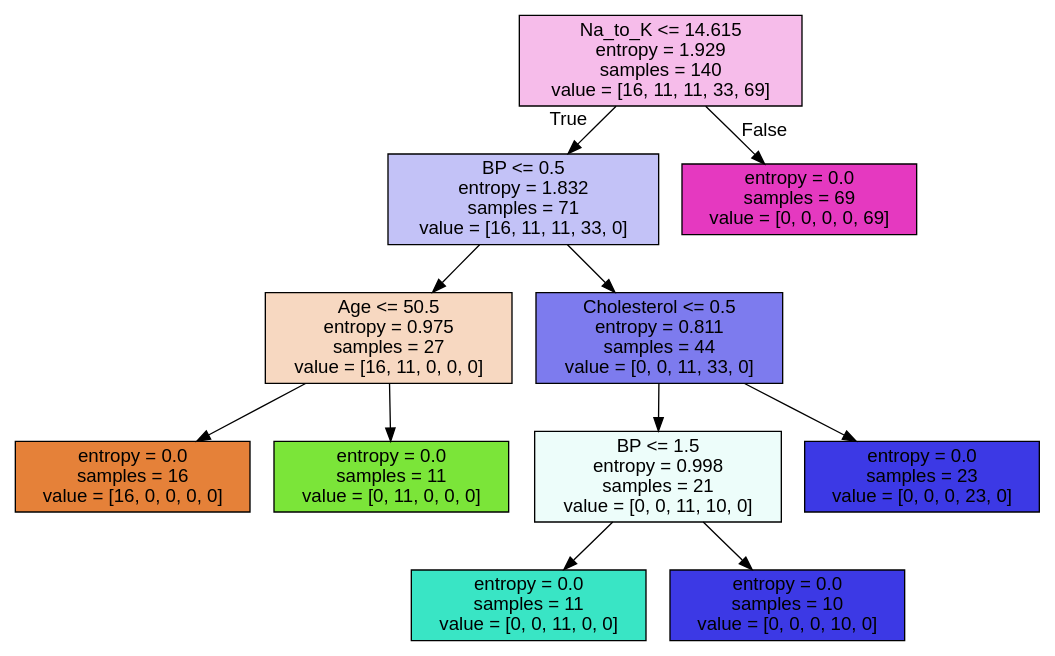
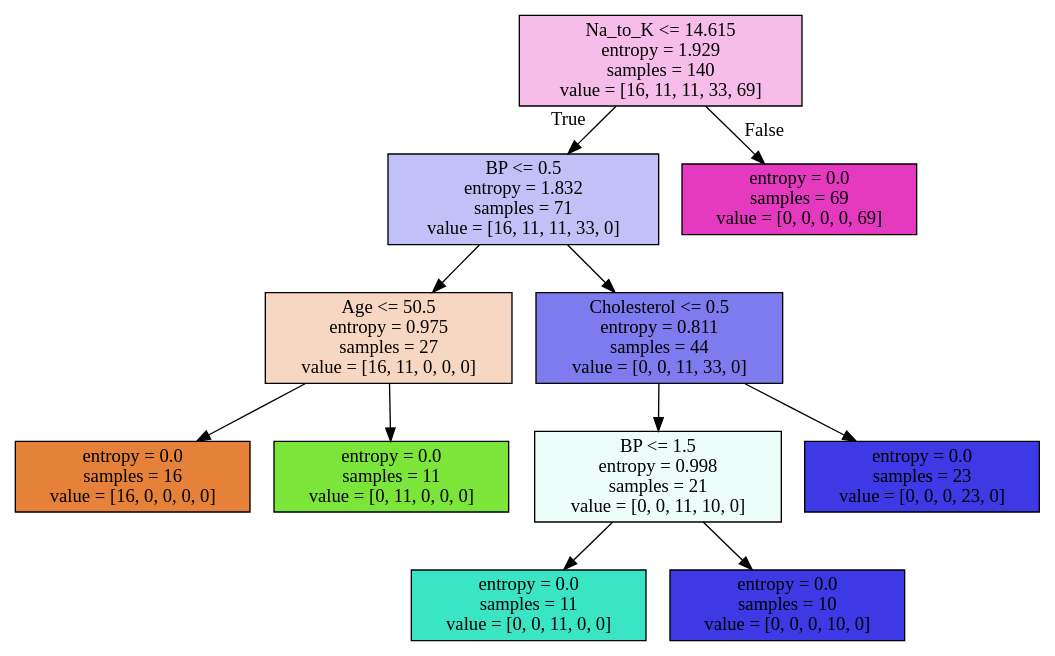
Before and after one commit to KevinNgNewschool/Machine-Learning-For-Python: the diagram in Python for Data Science, AI & Development/MachineLearning/Week 3/tree.dot, drawn with Graphviz. The commit also changed 3 other files, not shown here.

```diff
--- a/Python for Data Science, AI & Development/MachineLearning/Week 3/tree.dot
+++ b/Python for Data Science, AI & Development/MachineLearning/Week 3/tree.dot
@@ -1,25 +1,24 @@
 digraph Tree {
-node [shape=box, style="filled", color="black", fontname="helvetica"] ;
-edge [fontname="helvetica"] ;
-0 [label="Na_to_K <= 14.615\nentropy = 1.929\nsamples = 140\nvalue = [16, 11, 11, 33, 69]", fillcolor="#f6bcea"] ;
-1 [label="BP <= 0.5\nentropy = 1.832\nsamples = 71\nvalue = [16, 11, 11, 33, 0]", fillcolor="#c3c2f7"] ;
+node [shape=box, style="filled", color="black"] ;
+0 [label="Na_to_K <= 14.615\nentropy = 1.929\nsamples = 140\nvalue = [16, 11, 11, 33, 69]", fillcolor="#e539c056"] ;
+1 [label="BP <= 0.5\nentropy = 1.832\nsamples = 71\nvalue = [16, 11, 11, 33, 0]", fillcolor="#3c39e54f"] ;
 0 -> 1 [labeldistance=2.5, labelangle=45, headlabel="True"] ;
-2 [label="Age <= 50.5\nentropy = 0.975\nsamples = 27\nvalue = [16, 11, 0, 0, 0]", fillcolor="#f7d8c1"] ;
+2 [label="Age <= 50.5\nentropy = 0.975\nsamples = 27\nvalue = [16, 11, 0, 0, 0]", fillcolor="#e5813950"] ;
 1 -> 2 ;
-3 [label="entropy = 0.0\nsamples = 16\nvalue = [16, 0, 0, 0, 0]", fillcolor="#e58139"] ;
+3 [label="entropy = 0.0\nsamples = 16\nvalue = [16, 0, 0, 0, 0]", fillcolor="#e58139ff"] ;
 2 -> 3 ;
-4 [label="entropy = 0.0\nsamples = 11\nvalue = [0, 11, 0, 0, 0]", fillcolor="#7be539"] ;
+4 [label="entropy = 0.0\nsamples = 11\nvalue = [0, 11, 0, 0, 0]", fillcolor="#7be539ff"] ;
 2 -> 4 ;
-5 [label="Cholesterol <= 0.5\nentropy = 0.811\nsamples = 44\nvalue = [0, 0, 11, 33, 0]", fillcolor="#7d7bee"] ;
+5 [label="Cholesterol <= 0.5\nentropy = 0.811\nsamples = 44\nvalue = [0, 0, 11, 33, 0]", fillcolor="#3c39e5aa"] ;
 1 -> 5 ;
-6 [label="BP <= 1.5\nentropy = 0.998\nsamples = 21\nvalue = [0, 0, 11, 10, 0]", fillcolor="#edfdfa"] ;
+6 [label="BP <= 1.5\nentropy = 0.998\nsamples = 21\nvalue = [0, 0, 11, 10, 0]", fillcolor="#39e5c517"] ;
 5 -> 6 ;
-7 [label="entropy = 0.0\nsamples = 11\nvalue = [0, 0, 11, 0, 0]", fillcolor="#39e5c5"] ;
+7 [label="entropy = 0.0\nsamples = 11\nvalue = [0, 0, 11, 0, 0]", fillcolor="#39e5c5ff"] ;
 6 -> 7 ;
-8 [label="entropy = 0.0\nsamples = 10\nvalue = [0, 0, 0, 10, 0]", fillcolor="#3c39e5"] ;
+8 [label="entropy = 0.0\nsamples = 10\nvalue = [0, 0, 0, 10, 0]", fillcolor="#3c39e5ff"] ;
 6 -> 8 ;
-9 [label="entropy = 0.0\nsamples = 23\nvalue = [0, 0, 0, 23, 0]", fillcolor="#3c39e5"] ;
+9 [label="entropy = 0.0\nsamples = 23\nvalue = [0, 0, 0, 23, 0]", fillcolor="#3c39e5ff"] ;
 5 -> 9 ;
-10 [label="entropy = 0.0\nsamples = 69\nvalue = [0, 0, 0, 0, 69]", fillcolor="#e539c0"] ;
+10 [label="entropy = 0.0\nsamples = 69\nvalue = [0, 0, 0, 0, 69]", fillcolor="#e539c0ff"] ;
 0 -> 10 [labeldistance=2.5, labelangle=-45, headlabel="False"] ;
 }
```
